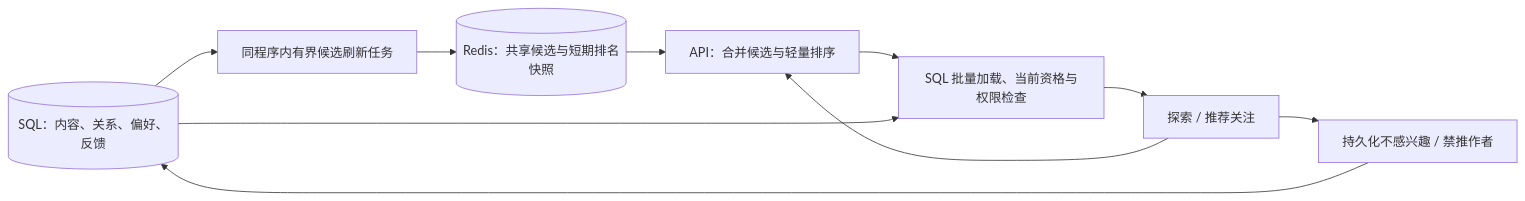
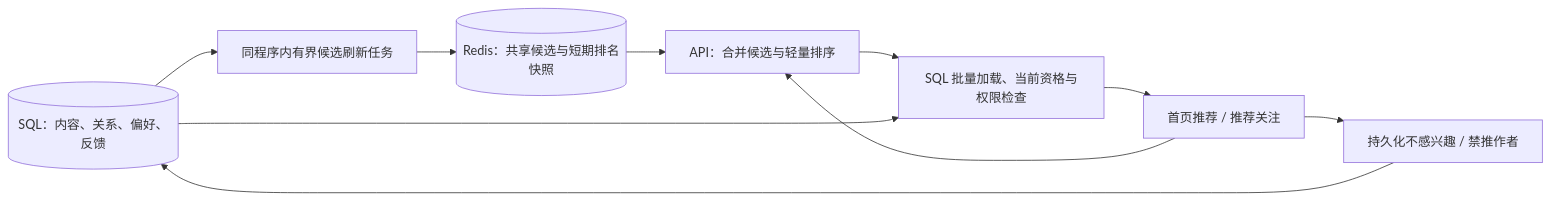
The diagram in docs/tasks/community-recommendation-research.md (kasuganosora/community), drawn with Mermaid before and after one commit. The commit also changed other lines of this file, not shown here.

````diff
--- a/docs/tasks/community-recommendation-research.md
+++ b/docs/tasks/community-recommendation-research.md
@@ -65,12 +68,12 @@
 ```mermaid
 flowchart LR
     D[(SQL：内容、关系、偏好、反馈)] --> W[同程序内有界候选刷新任务]
     W --> R[(Redis：共享候选与短期排名快照)]
-    U[探索 / 推荐关注] --> A[API：合并候选与轻量排序]
+    U[首页推荐 / 推荐关注] --> A[API：合并候选与轻量排序]
     R --> A
     A --> V[SQL 批量加载、当前资格与权限检查]
     D --> V
     V --> U
     U --> F[持久化不感兴趣 / 禁推作者]
     F --> D
 ```
````
